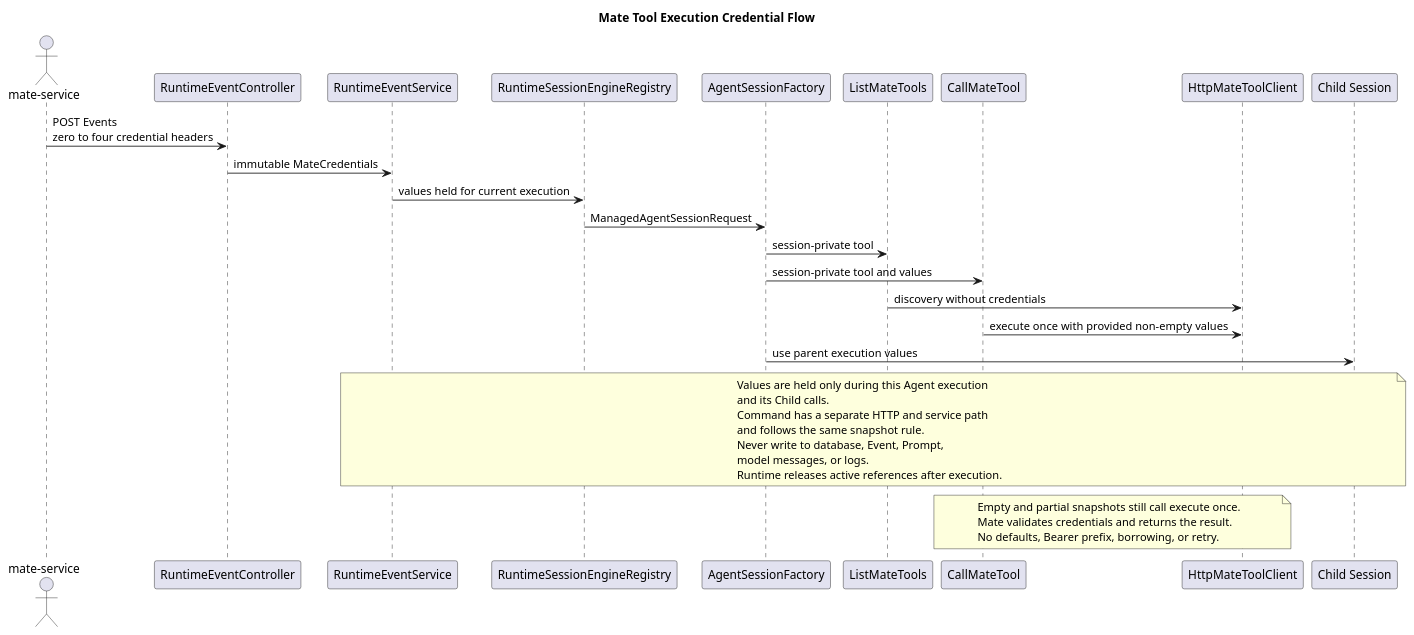
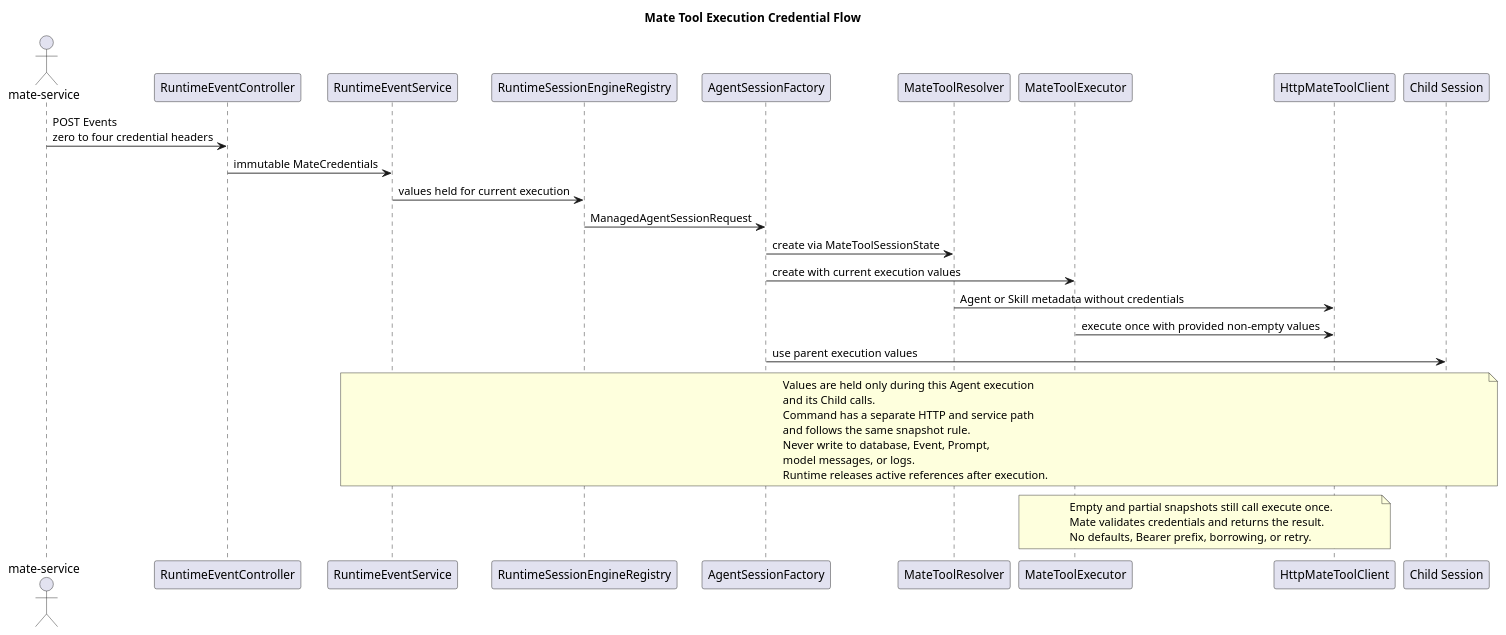
The second of 4 diagrams in docs/designs/tool-system-v2/diagram.puml (2862282695gjh-afk/pi-mono-java), drawn with PlantUML before and after one commit. The commit also changed other lines of this file and 36 other files, not shown here.

Commit message:
fix(tool): 对齐 Skill 正文读取与工具设计说明

```diff
--- a/docs/designs/tool-system-v2/diagram.puml
+++ b/docs/designs/tool-system-v2/diagram.puml
@@ -40,48 +46,49 @@
 @startuml mate_credential_flow
 ' Pre-change implementation baseline: CampusClaw 320d790726a70aada6100052952d5494d2a378ac.
 ' Credential-completeness pre-change baseline: CampusClaw 6a331d3477df23f8404582c3922b55c265530605.
 ' Source evidence: modules/coding-agent-cli/src/main/java/com/campusclaw/codingagent/runtimeapi/web/RuntimeEventController.java, submit
 ' Source evidence: modules/coding-agent-cli/src/main/java/com/campusclaw/codingagent/runtimeapi/web/RuntimeRequestContext.java, mateCredentials
-' Source evidence: modules/coding-agent-cli/src/main/java/com/campusclaw/codingagent/tool/mate/MateToolDiscovery.java, listAgentTools
+' Tool routing baseline: CampusClaw c2b41723702cedfe167ec2cda68c6db65c39b0fa.
+' Source evidence: modules/coding-agent-cli/src/main/java/com/campusclaw/codingagent/tool/mate/MateToolResolver.java, loadAgentTools, loadSkillTool
 ' Source evidence: modules/coding-agent-cli/src/main/java/com/campusclaw/codingagent/common/client/HttpMateToolClient.java, invokeTool
 ' Observed behavior: the pre-change client forwarded three execution credential headers to discovery and execute.
 ' Architecture change: Claw does not validate credential completeness; Mate validates the real execute request.
 ' Security hardening: discovery receives no credentials; only execute receives provided non-empty header values.
 ' Java divergence: pi has no corresponding Mate credential flow.
 skinparam shadowing false
 title Mate Tool Execution Credential Flow
 
 actor "mate-service" as Caller
 participant "RuntimeEventController" as Controller
 participant "RuntimeEventService" as Service
 participant "RuntimeSessionEngineRegistry" as Registry
 participant "AgentSessionFactory" as Factory
-participant "ListMateTools" as List
-participant "CallMateTool" as Call
+participant "MateToolResolver" as Resolver
+participant "MateToolExecutor" as Executor
 participant "HttpMateToolClient" as Client
 participant "Child Session" as Child
 
 Caller -> Controller : POST Events\nzero to four credential headers
 Controller -> Service : immutable MateCredentials
 Service -> Registry : values held for current execution
 Registry -> Factory : ManagedAgentSessionRequest
-Factory -> List : session-private tool
-Factory -> Call : session-private tool and values
-List -> Client : discovery without credentials
-Call -> Client : execute once with provided non-empty values
+Factory -> Resolver : create via MateToolSessionState
+Factory -> Executor : create with current execution values
+Resolver -> Client : Agent or Skill metadata without credentials
+Executor -> Client : execute once with provided non-empty values
 Factory -> Child : use parent execution values
 note over Service,Child
   Values are held only during this Agent execution
   and its Child calls.
   Command has a separate HTTP and service path
   and follows the same snapshot rule.
   Never write to database, Event, Prompt,
   model messages, or logs.
   Runtime releases active references after execution.
 end note
-note over Call,Client
+note over Executor,Client
   Empty and partial snapshots still call execute once.
   Mate validates credentials and returns the result.
   No defaults, Bearer prefix, borrowing, or retry.
 end note
 @enduml
```
